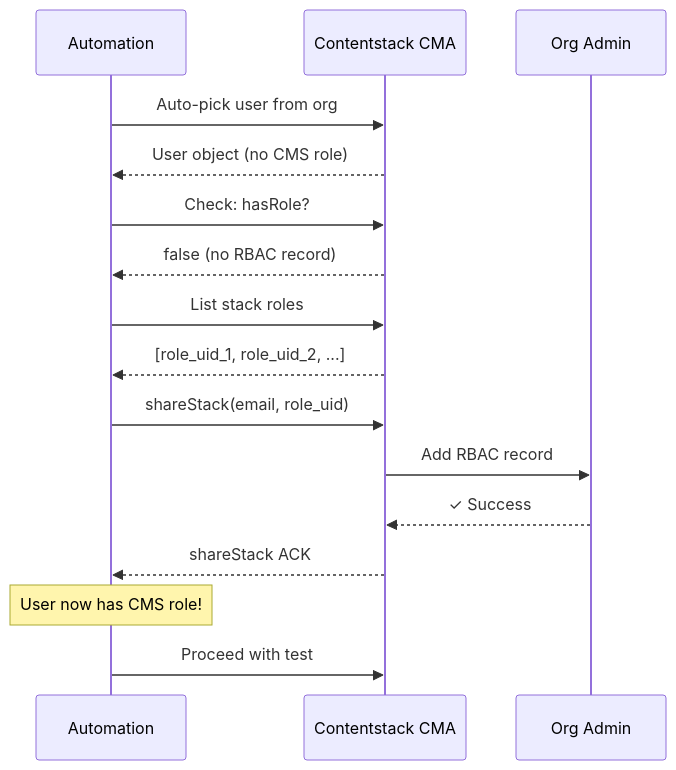
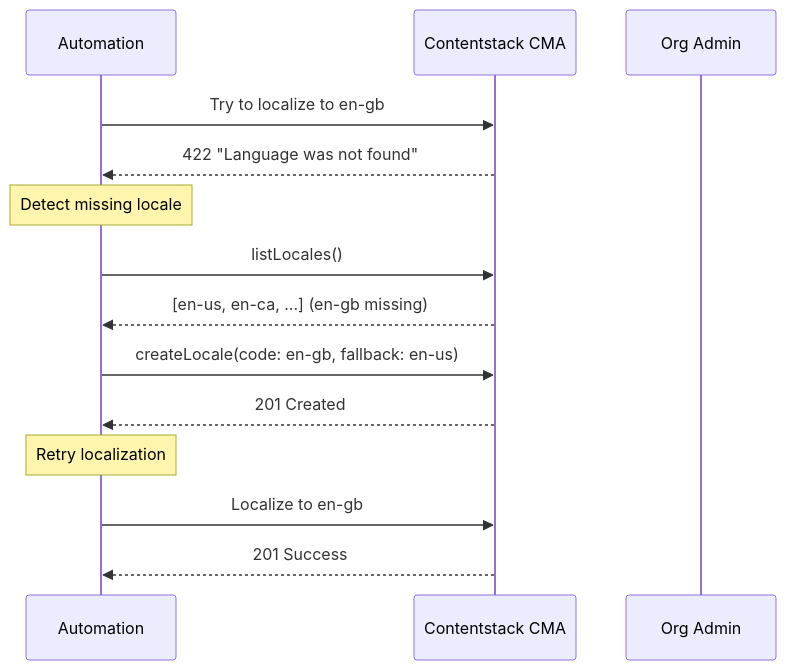
One commit to DiveshKumarChordia/contentstack-analytics-automation-lab changed the fourth of 4 diagrams in README.md. Above: the diagram before and after it, drawn with Mermaid. The commit also changed other lines of this file, not shown here.

````diff
--- a/README.md
+++ b/README.md
@@ -168,23 +577,20 @@
 ```mermaid
 sequenceDiagram
     participant Auto as Automation
     participant CMA as Contentstack CMA
     participant Org as Org Admin
     
-    Auto->>CMA: Auto-pick user from org
-    CMA-->>Auto: User object (no CMS role)
+    Auto->>CMA: Try to localize to en-gb
+    CMA-->>Auto: 422 "Language was not found"
     
-    Auto->>CMA: Check: hasRole?
-    CMA-->>Auto: false (no RBAC record)
+    Note over Auto: Detect missing locale
+    Auto->>CMA: listLocales()
+    CMA-->>Auto: [en-us, en-ca, ...] (en-gb missing)
     
-    Auto->>CMA: List stack roles
-    CMA-->>Auto: [role_uid_1, role_uid_2, ...]
+    Auto->>CMA: createLocale(code: en-gb, fallback: en-us)
+    CMA-->>Auto: 201 Created
     
-    Auto->>CMA: shareStack(email, role_uid)
-    CMA->>Org: Add RBAC record
-    Org-->>CMA: ✓ Success
-    CMA-->>Auto: shareStack ACK
-    
-    Note over Auto: User now has CMS role!
-    Auto->>CMA: Proceed with test
+    Note over Auto: Retry localization
+    Auto->>CMA: Localize to en-gb
+    CMA-->>Auto: 201 Success
 ```
````
